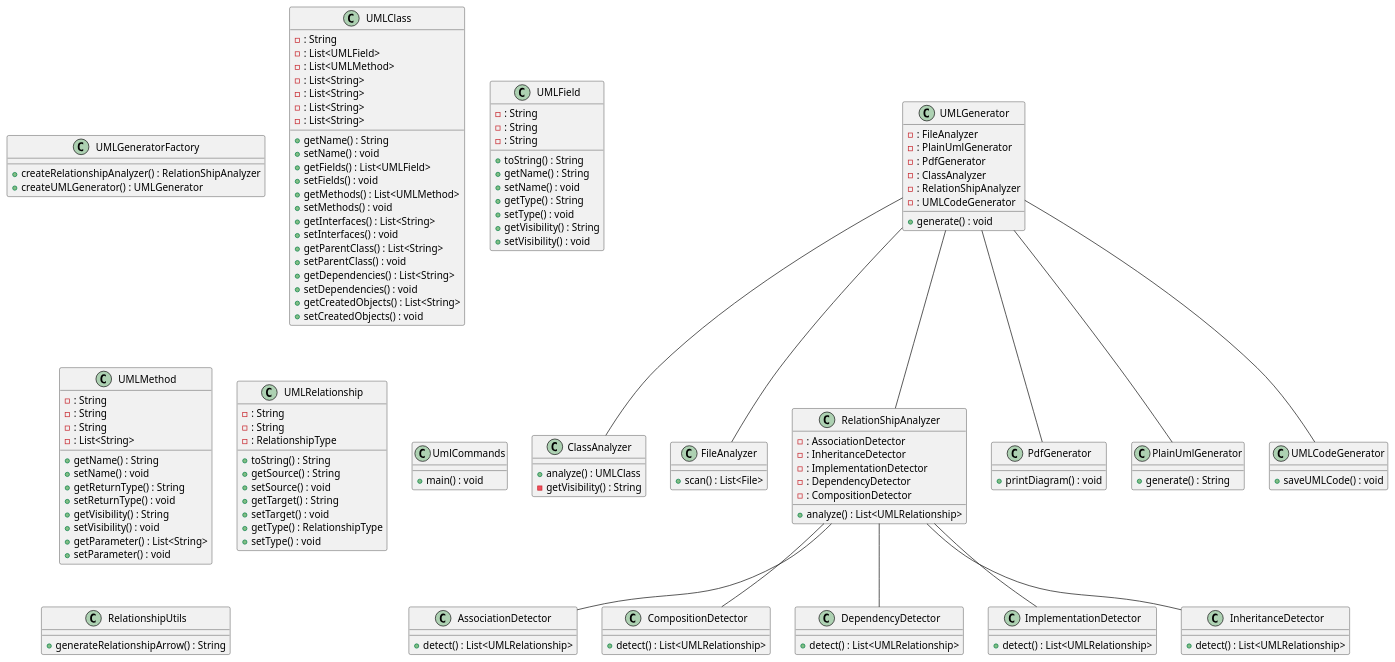
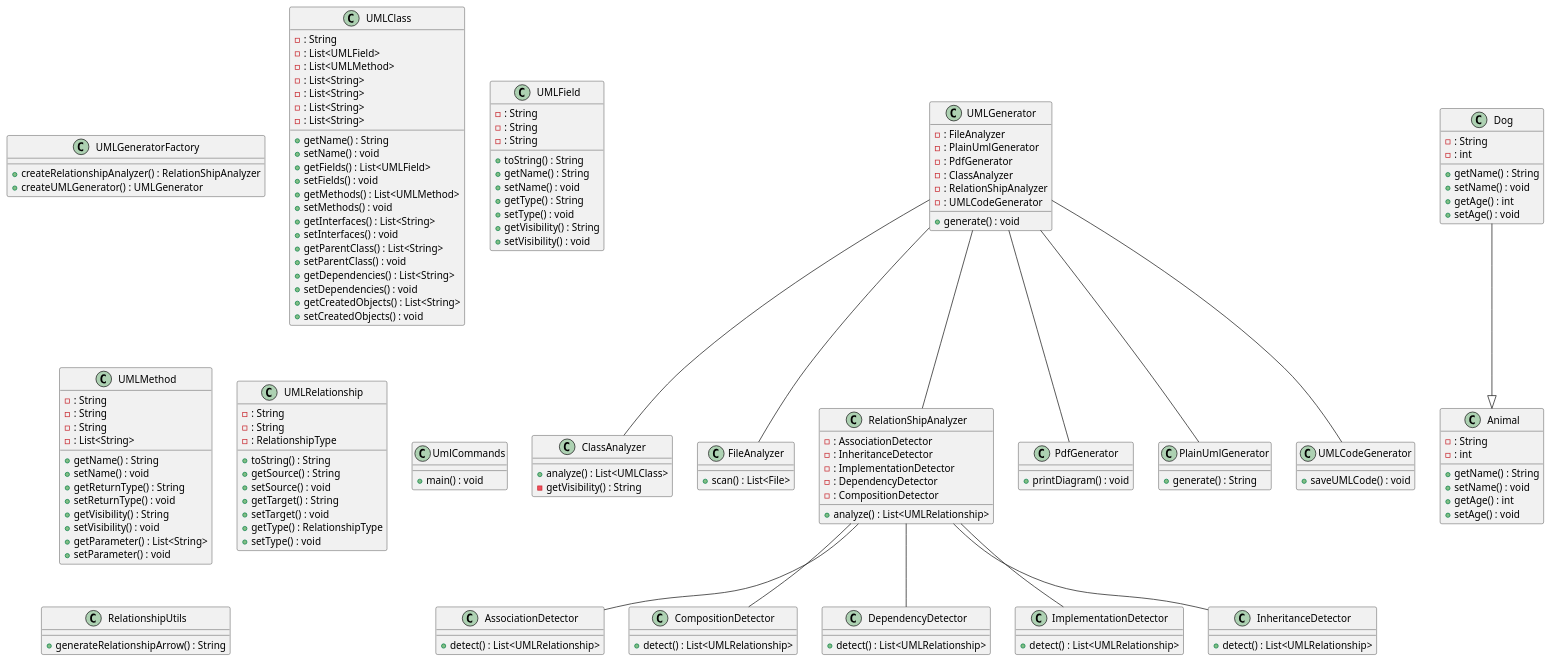
One commit to sithija-sulochana/ArchLense changed the diagram in diagram.puml. Above: the diagram before and after it, drawn with PlantUML. The commit also changed 4 other files, not shown here.

```diff
--- a/diagram.puml
+++ b/diagram.puml
@@ -1,132 +1,149 @@
 @startuml
 class ClassAnalyzer {
-  + analyze() : UMLClass
+  + analyze() : List<UMLClass>
   - getVisibility() : String
 }
 class FileAnalyzer {
   + scan() : List<File>
 }
 class RelationShipAnalyzer {
   - : AssociationDetector
   - : InheritanceDetector
   - : ImplementationDetector
   - : DependencyDetector
   - : CompositionDetector
   + analyze() : List<UMLRelationship>
 }
 class AssociationDetector {
   + detect() : List<UMLRelationship>
 }
 class CompositionDetector {
   + detect() : List<UMLRelationship>
 }
 class DependencyDetector {
   + detect() : List<UMLRelationship>
 }
 class ImplementationDetector {
   + detect() : List<UMLRelationship>
 }
 class InheritanceDetector {
   + detect() : List<UMLRelationship>
+}
+class Dog {
+  - : String
+  - : int
+  + getName() : String
+  + setName() : void
+  + getAge() : int
+  + setAge() : void
+}
+class Animal {
+  - : String
+  - : int
+  + getName() : String
+  + setName() : void
+  + getAge() : int
+  + setAge() : void
 }
 class UMLGeneratorFactory {
   + createRelationshipAnalyzer() : RelationShipAnalyzer
   + createUMLGenerator() : UMLGenerator
 }
 class PdfGenerator {
   + printDiagram() : void
 }
 class PlainUmlGenerator {
   + generate() : String
 }
 class UMLCodeGenerator {
   + saveUMLCode() : void
 }
 class UMLClass {
   - : String
   - : List<UMLField>
   - : List<UMLMethod>
   - : List<String>
   - : List<String>
   - : List<String>
   - : List<String>
   + getName() : String
   + setName() : void
   + getFields() : List<UMLField>
   + setFields() : void
   + getMethods() : List<UMLMethod>
   + setMethods() : void
   + getInterfaces() : List<String>
   + setInterfaces() : void
   + getParentClass() : List<String>
   + setParentClass() : void
   + getDependencies() : List<String>
   + setDependencies() : void
   + getCreatedObjects() : List<String>
   + setCreatedObjects() : void
 }
 class UMLField {
   - : String
   - : String
   - : String
   + toString() : String
   + getName() : String
   + setName() : void
   + getType() : String
   + setType() : void
   + getVisibility() : String
   + setVisibility() : void
 }
 class UMLMethod {
   - : String
   - : String
   - : String
   - : List<String>
   + getName() : String
   + setName() : void
   + getReturnType() : String
   + setReturnType() : void
   + getVisibility() : String
   + setVisibility() : void
   + getParameter() : List<String>
   + setParameter() : void
 }
 class UMLRelationship {
   - : String
   - : String
   - : RelationshipType
   + toString() : String
   + getSource() : String
   + setSource() : void
   + getTarget() : String
   + setTarget() : void
   + getType() : RelationshipType
   + setType() : void
 }
 class UMLGenerator {
   - : FileAnalyzer
   - : PlainUmlGenerator
   - : PdfGenerator
   - : ClassAnalyzer
   - : RelationShipAnalyzer
   - : UMLCodeGenerator
   + generate() : void
 }
 class UmlCommands {
   + main() : void
 }
 class RelationshipUtils {
   + generateRelationshipArrow() : String
 }
 RelationShipAnalyzer -- AssociationDetector
 RelationShipAnalyzer -- InheritanceDetector
 UMLGenerator -- FileAnalyzer
 RelationShipAnalyzer -- CompositionDetector
 UMLGenerator -- PlainUmlGenerator
 UMLGenerator -- UMLCodeGenerator
 UMLGenerator -- PdfGenerator
 UMLGenerator -- RelationShipAnalyzer
 RelationShipAnalyzer -- DependencyDetector
 RelationShipAnalyzer -- ImplementationDetector
 UMLGenerator -- ClassAnalyzer
+Dog --|> Animal
 @enduml
```
